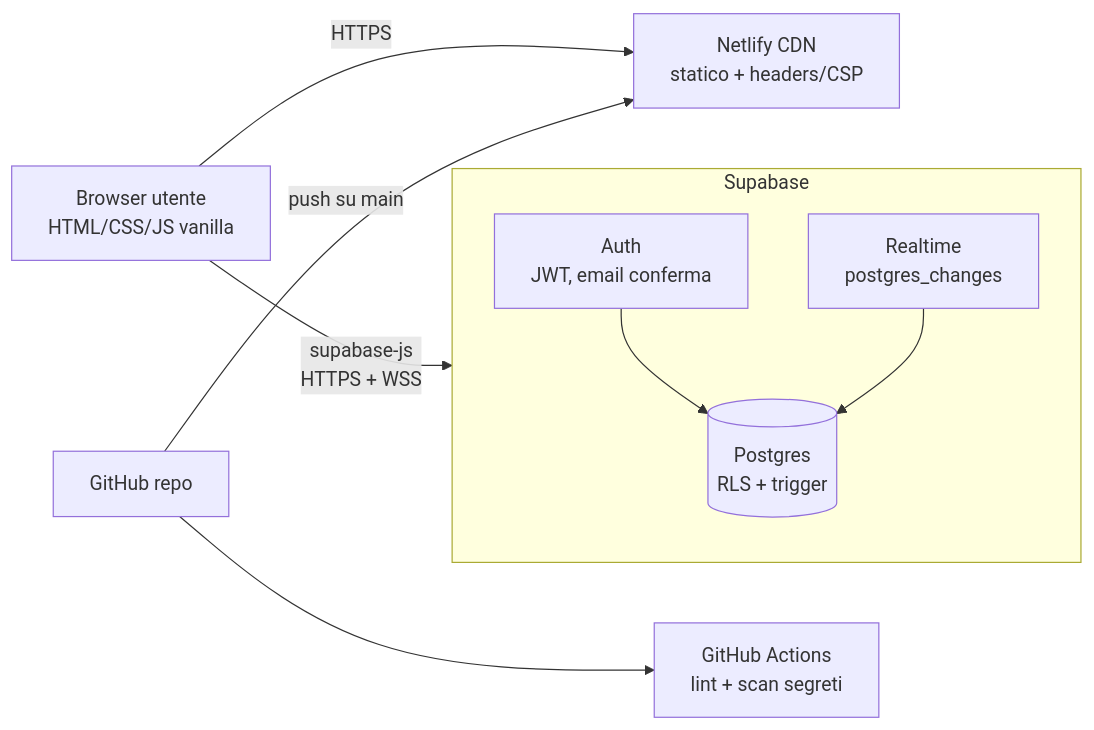
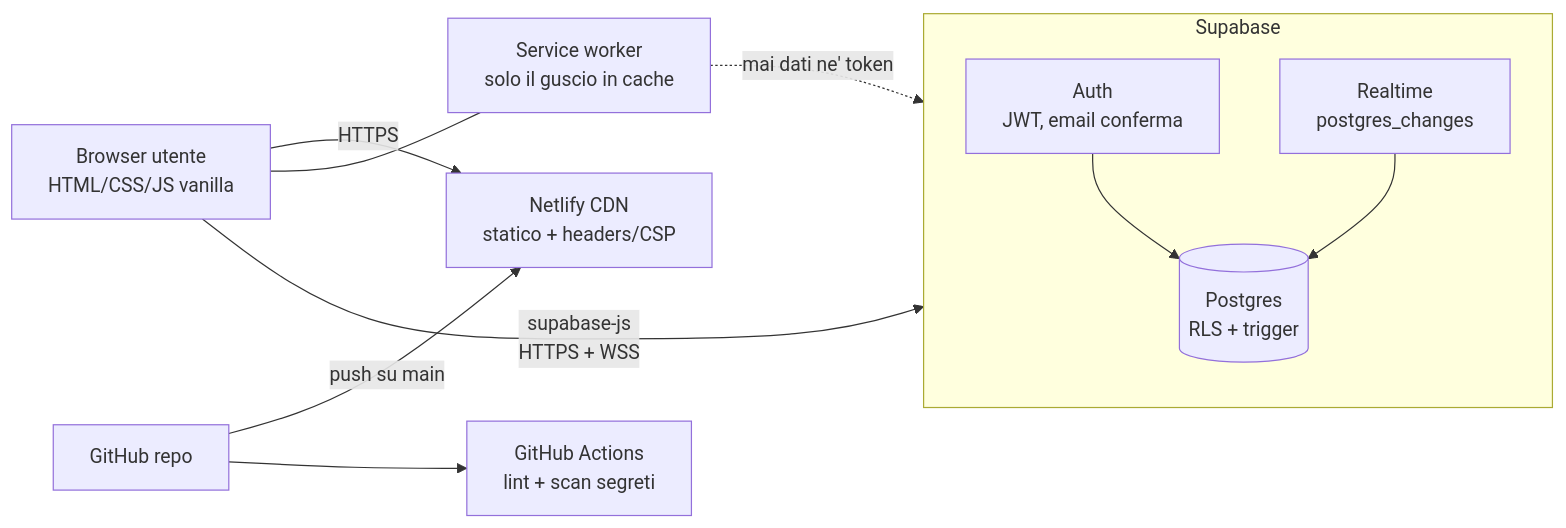
The diagram in docs/ARCHITECTURE.md (Paggio04/posti), drawn with Mermaid before and after one commit. The commit also changed other lines of this file and 5 other files, not shown here.

````diff
--- a/docs/ARCHITECTURE.md
+++ b/docs/ARCHITECTURE.md
@@ -3,11 +3,13 @@
 ```mermaid
 flowchart LR
   U[Browser utente\nHTML/CSS/JS vanilla] -->|HTTPS| N[Netlify CDN\nstatico + headers/CSP]
   U -->|supabase-js\nHTTPS + WSS| S[Supabase]
+  U --- SW[Service worker\nsolo il guscio in cache]
+  SW -.->|mai dati ne' token| S
   subgraph S[Supabase]
     A[Auth\nJWT, email conferma] --> P[(Postgres\nRLS + trigger)]
     R[Realtime\npostgres_changes] --> P
   end
   G[GitHub repo] -->|push su main| N
   G --> CI[GitHub Actions\nlint + scan segreti]
 ```
````
